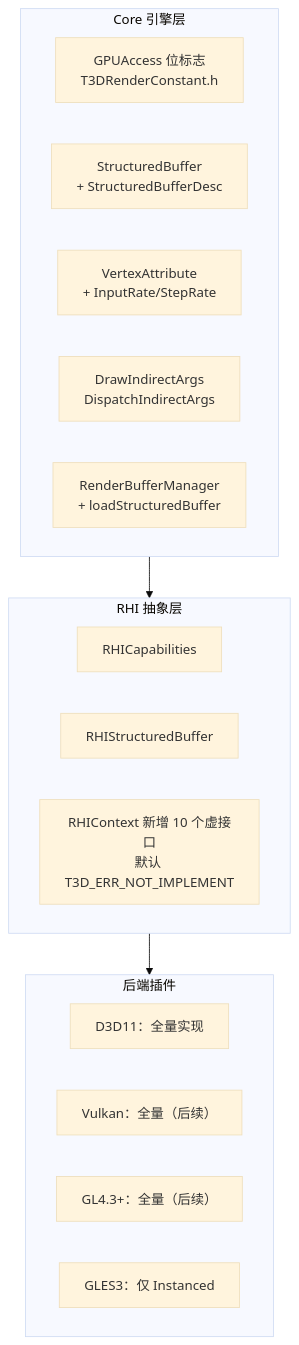
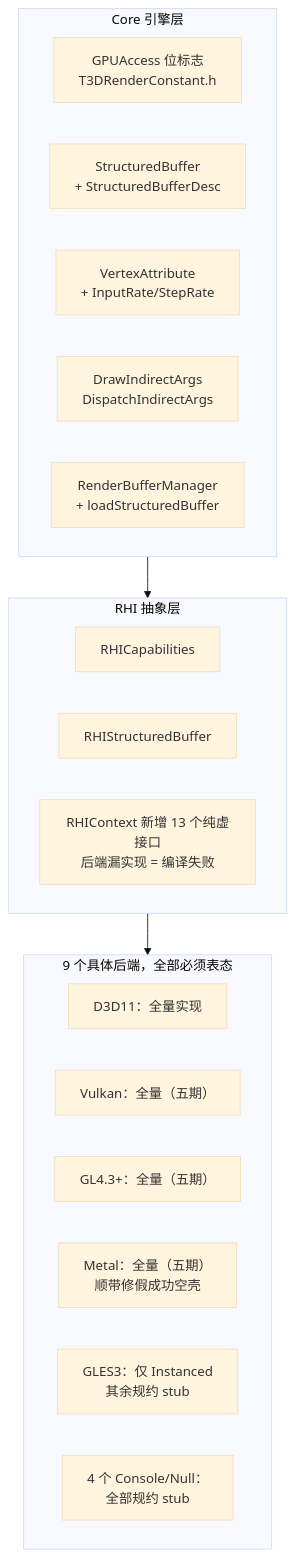
Before and after one commit to answerear/Tiny3D: the second of 2 diagrams in doc/todo/RHI-Compute-UAV-Indirect-Draw-Design-todo.md, drawn with Mermaid (base theme). The commit also changed other lines of this file, not shown here.

````diff
--- a/doc/todo/RHI-Compute-UAV-Indirect-Draw-Design-todo.md
+++ b/doc/todo/RHI-Compute-UAV-Indirect-Draw-Design-todo.md
@@ -170,26 +170,28 @@
 ```mermaid
 flowchart TB
     subgraph Core["Core 引擎层"]
         GA["GPUAccess 位标志<br/>T3DRenderConstant.h"]
         SB["StructuredBuffer<br/>+ StructuredBufferDesc"]
         VA["VertexAttribute<br/>+ InputRate/StepRate"]
         IA["DrawIndirectArgs<br/>DispatchIndirectArgs"]
         MGR["RenderBufferManager<br/>+ loadStructuredBuffer"]
     end
 
     subgraph RHI["RHI 抽象层"]
         CAP["RHICapabilities"]
         RSB["RHIStructuredBuffer"]
-        API["RHIContext 新增 10 个虚接口<br/>默认 T3D_ERR_NOT_IMPLEMENT"]
+        API["RHIContext 新增 13 个纯虚接口<br/>后端漏实现 = 编译失败"]
     end
 
-    subgraph Backends["后端插件"]
+    subgraph Backends["9 个具体后端，全部必须表态"]
         D3D["D3D11：全量实现"]
-        VK["Vulkan：全量（后续）"]
-        GL4["GL4.3+：全量（后续）"]
-        ES3["GLES3：仅 Instanced"]
+        VK["Vulkan：全量（五期）"]
+        GL4["GL4.3+：全量（五期）"]
+        MTL["Metal：全量（五期）<br/>顺带修假成功空壳"]
+        ES3["GLES3：仅 Instanced<br/>其余规约 stub"]
+        NUL["4 个 Console/Null：<br/>全部规约 stub"]
     end
 
     Core --> RHI
     RHI --> Backends
 ```
````
